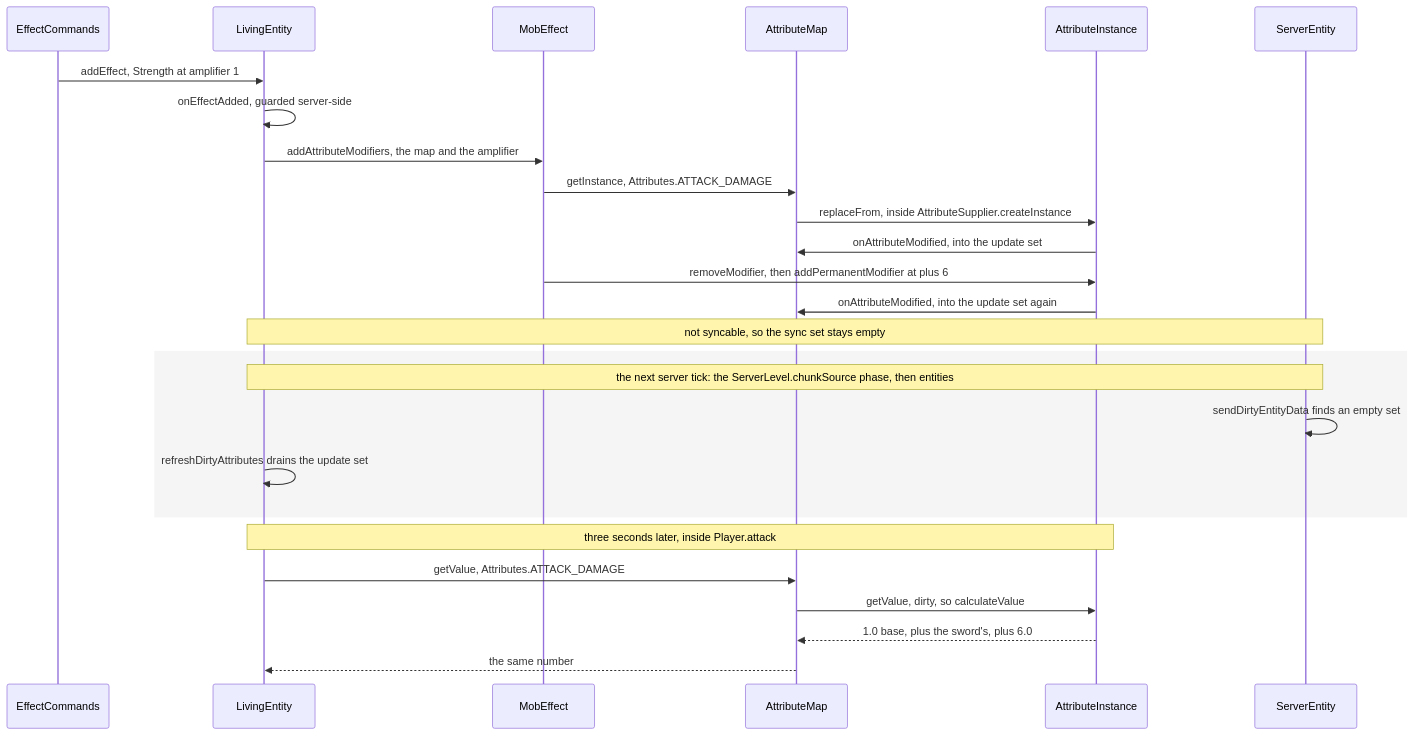
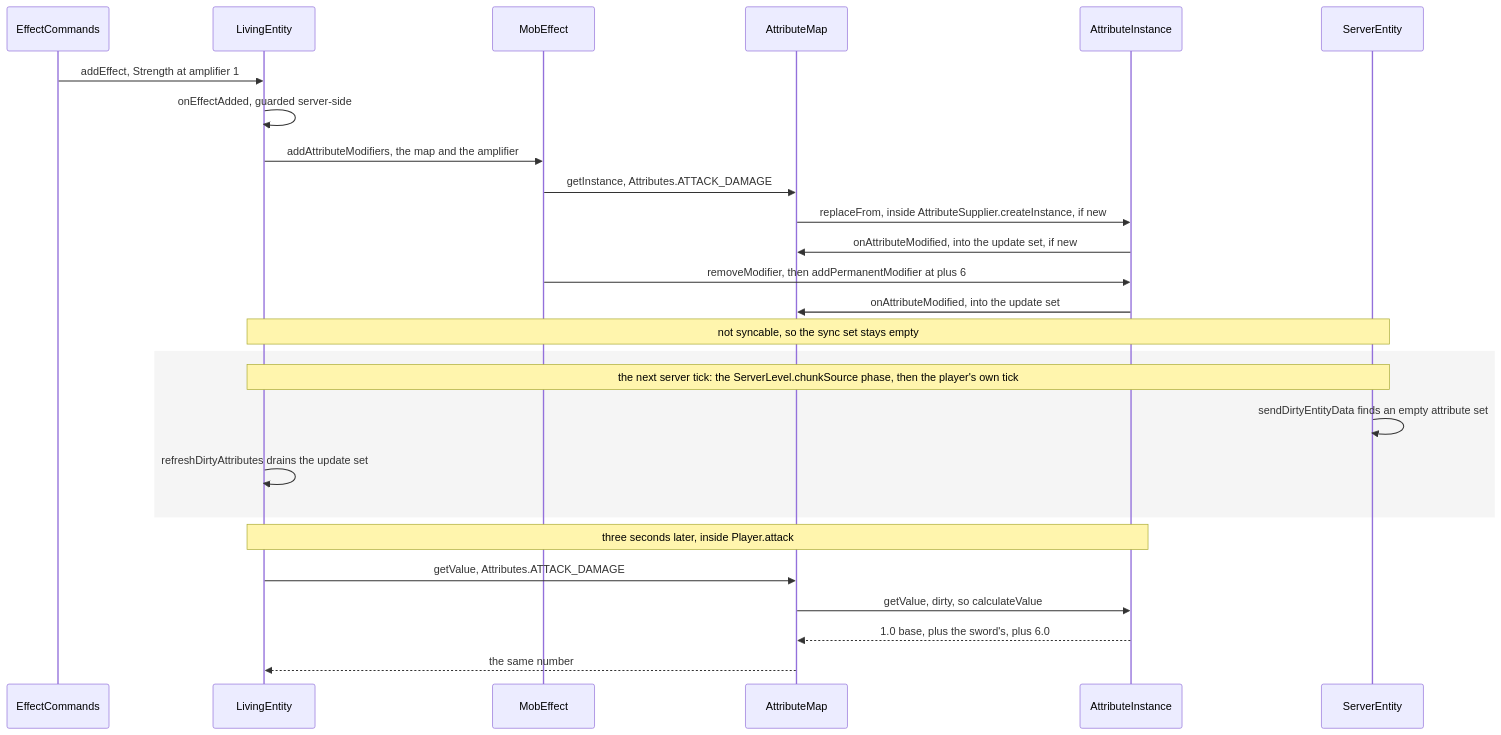
Before and after one commit to AlexanderjFraser/MinecraftDocs: the third of 3 diagrams in src/systems/entities/attributes.md, drawn with Mermaid. The commit also changed other lines of this file and 21 other files, not shown here.

````diff
--- a/src/systems/entities/attributes.md
+++ b/src/systems/entities/attributes.md
@@ -350,29 +352,29 @@
 ```mermaid
 sequenceDiagram
     participant EffC as EffectCommands
     participant LE as LivingEntity
     participant ME as MobEffect
     participant AttrM as AttributeMap
     participant AttrI as AttributeInstance
     participant SE as ServerEntity
 
     EffC->>LE: addEffect, Strength at amplifier 1
     LE->>LE: onEffectAdded, guarded server-side
     LE->>ME: addAttributeModifiers, the map and the amplifier
     ME->>AttrM: getInstance, Attributes.ATTACK_DAMAGE
-    AttrM->>AttrI: replaceFrom, inside AttributeSupplier.createInstance
+    AttrM->>AttrI: replaceFrom, inside AttributeSupplier.createInstance, if new
+    AttrI->>AttrM: onAttributeModified, into the update set, if new
+    ME->>AttrI: removeModifier, then addPermanentModifier at plus 6
     AttrI->>AttrM: onAttributeModified, into the update set
-    ME->>AttrI: removeModifier, then addPermanentModifier at plus 6
-    AttrI->>AttrM: onAttributeModified, into the update set again
     Note over LE,SE: not syncable, so the sync set stays empty
     rect rgba(0, 0, 0, 0.04)
-    Note over LE,SE: the next server tick: the ServerLevel.chunkSource phase, then entities
-    SE->>SE: sendDirtyEntityData finds an empty set
+    Note over LE,SE: the next server tick: the ServerLevel.chunkSource phase, then the player's own tick
+    SE->>SE: sendDirtyEntityData finds an empty attribute set
     LE->>LE: refreshDirtyAttributes drains the update set
     end
     Note over LE,AttrI: three seconds later, inside Player.attack
     LE->>AttrM: getValue, Attributes.ATTACK_DAMAGE
     AttrM->>AttrI: getValue, dirty, so calculateValue
     AttrI-->>AttrM: 1.0 base, plus the sword's, plus 6.0
     AttrM-->>LE: the same number
 ```
````
